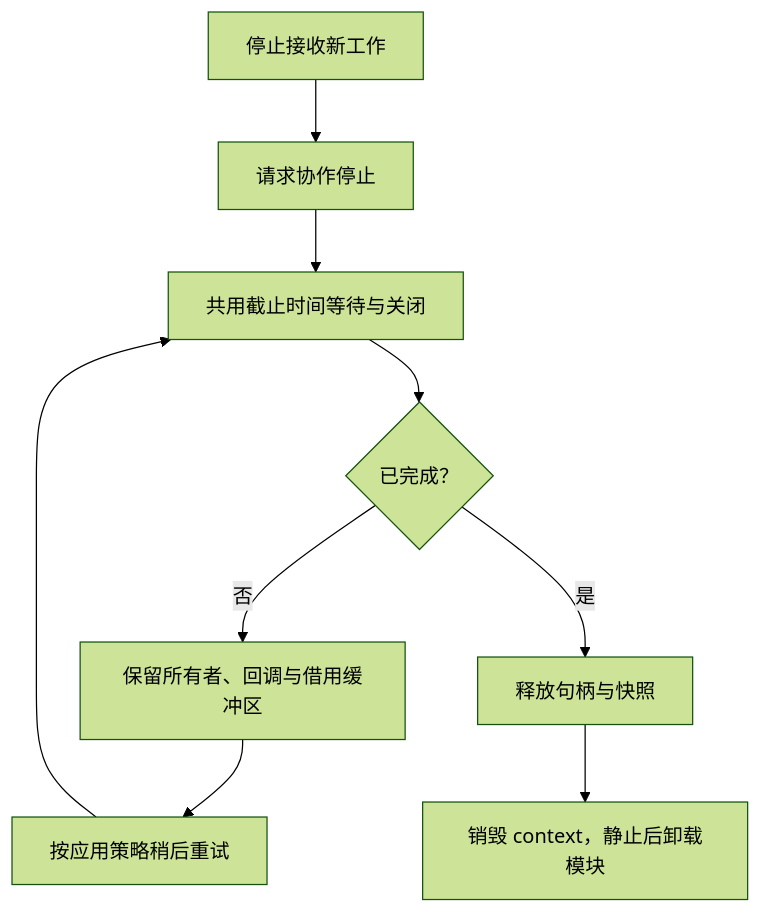
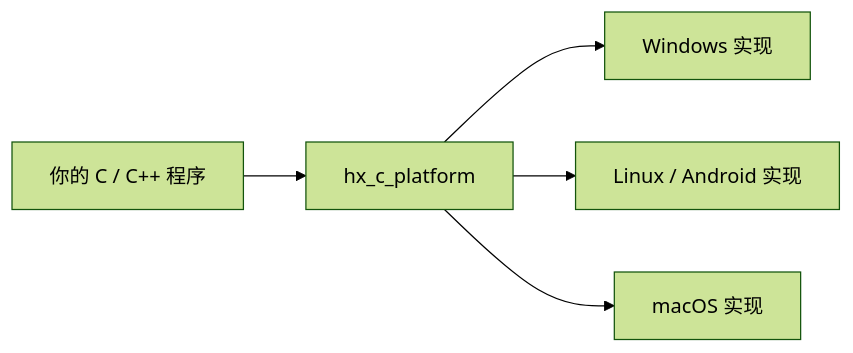
One commit to HuangX666/hx_c_platform changed the diagram in README.zh-CN.md. Above: the diagram before and after it, drawn with Mermaid (forest theme). The commit also changed other lines of this file and 7 other files, not shown here.

````diff
--- a/README.zh-CN.md
+++ b/README.zh-CN.md
@@ -1677,11 +25,7 @@
 ```mermaid
-flowchart TD
-    A["停止接收新工作"] --> B["请求协作停止"]
-    B --> C["共用截止时间等待与关闭"]
-    C --> D{"已完成？"}
-    D -->|否| E["保留所有者、回调与借用缓冲区"]
-    E --> F["按应用策略稍后重试"]
-    F --> C
-    D -->|是| G["释放句柄与快照"]
-    G --> H["销毁 context，静止后卸载模块"]
+flowchart LR
+    A["你的 C / C++ 程序"] --> B["hx_c_platform"]
+    B --> C["Windows 实现"]
+    B --> D["Linux / Android 实现"]
+    B --> E["macOS 实现"]
 ```
````
